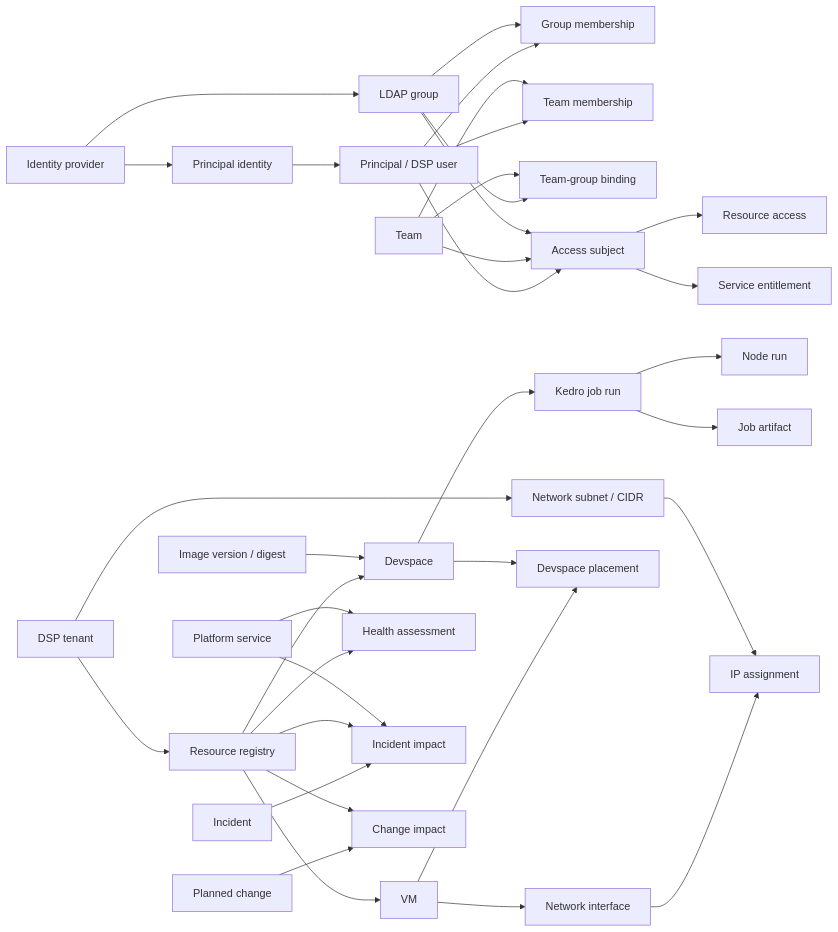
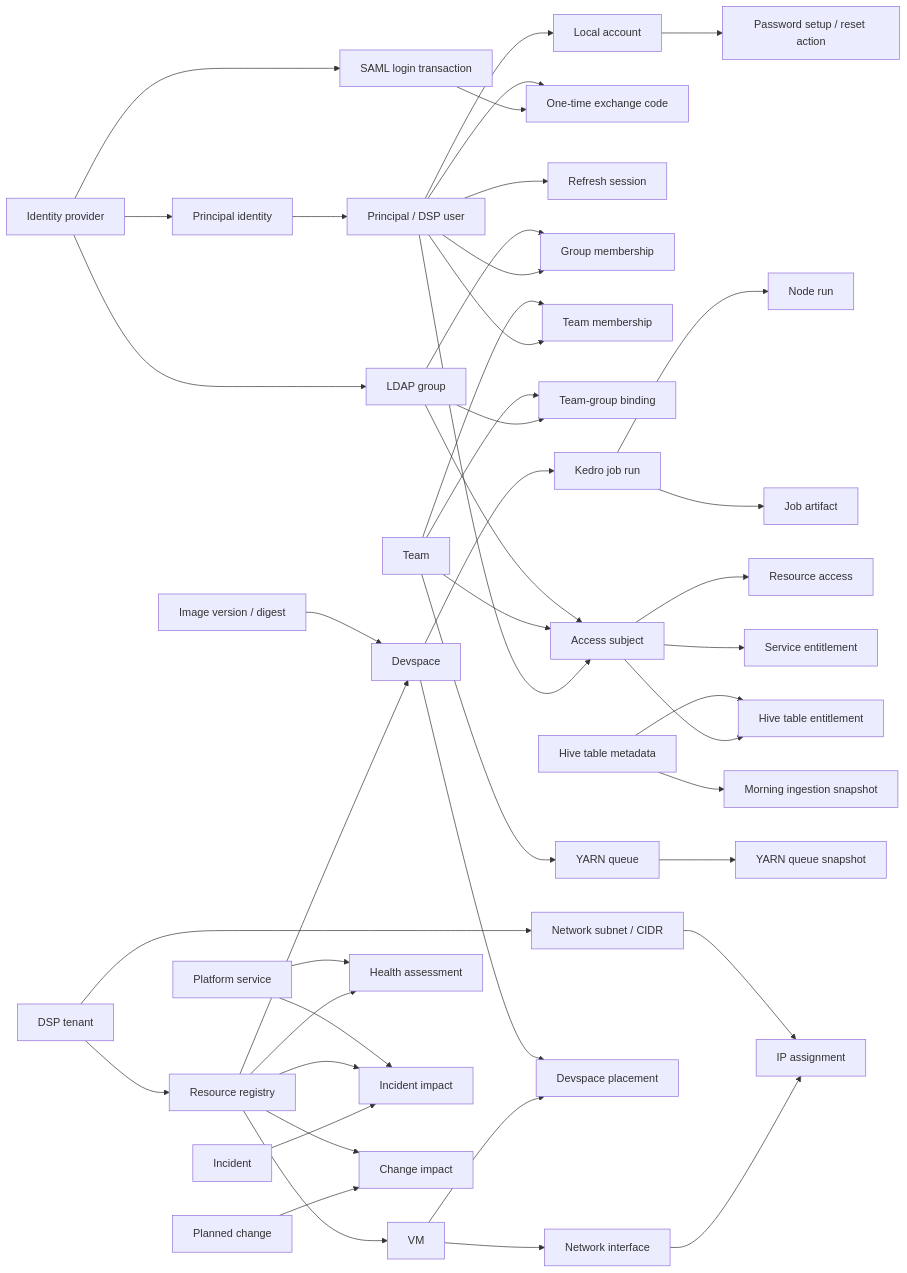
The diagram in docs/architecture/data-model.md (inder1991/dsp-hub-backend), drawn with Mermaid before and after one commit. The commit also changed other lines of this file and 50 other files, not shown here.

````diff
--- a/docs/architecture/data-model.md
+++ b/docs/architecture/data-model.md
@@ -28,41 +32,52 @@
 ```mermaid
 flowchart LR
     IDP[Identity provider] --> PI[Principal identity]
     PI --> P[Principal / DSP user]
+    P --> LA[Local account]
+    LA --> LPA[Password setup / reset action]
+    IDP --> SLT[SAML login transaction]
+    SLT --> AEC[One-time exchange code]
+    P --> AEC
+    P --> ARS[Refresh session]
     IDP --> LG[LDAP group]
     P --> GM[Group membership]
     LG --> GM
     P --> TM[Team membership]
     T[Team] --> TM
     LG --> TGB[Team-group binding]
     T --> TGB
 
     P --> AS[Access subject]
     T --> AS
     LG --> AS
     AS --> RA[Resource access]
     AS --> SE[Service entitlement]
+    AS --> HTE[Hive table entitlement]
+    HT[Hive table metadata] --> HTE
+    HT --> MIS[Morning ingestion snapshot]
+    T --> YQ[YARN queue]
+    YQ --> YQS[YARN queue snapshot]
 
     TEN[DSP tenant] --> R[Resource registry]
     R --> VM[VM]
     VM --> NI[Network interface]
     NI --> IP[IP assignment]
     TEN --> SUB[Network subnet / CIDR]
     SUB --> IP
 
     R --> DS[Devspace]
     VM --> DP[Devspace placement]
     DS --> DP
     IMG[Image version / digest] --> DS
     DS --> JR[Kedro job run]
     JR --> NR[Node run]
     JR --> JA[Job artifact]
 
     R --> HA[Health assessment]
     SVC[Platform service] --> HA
     INC[Incident] --> II[Incident impact]
     R --> II
     SVC --> II
     CHG[Planned change] --> CI[Change impact]
     R --> CI
 ```
````
